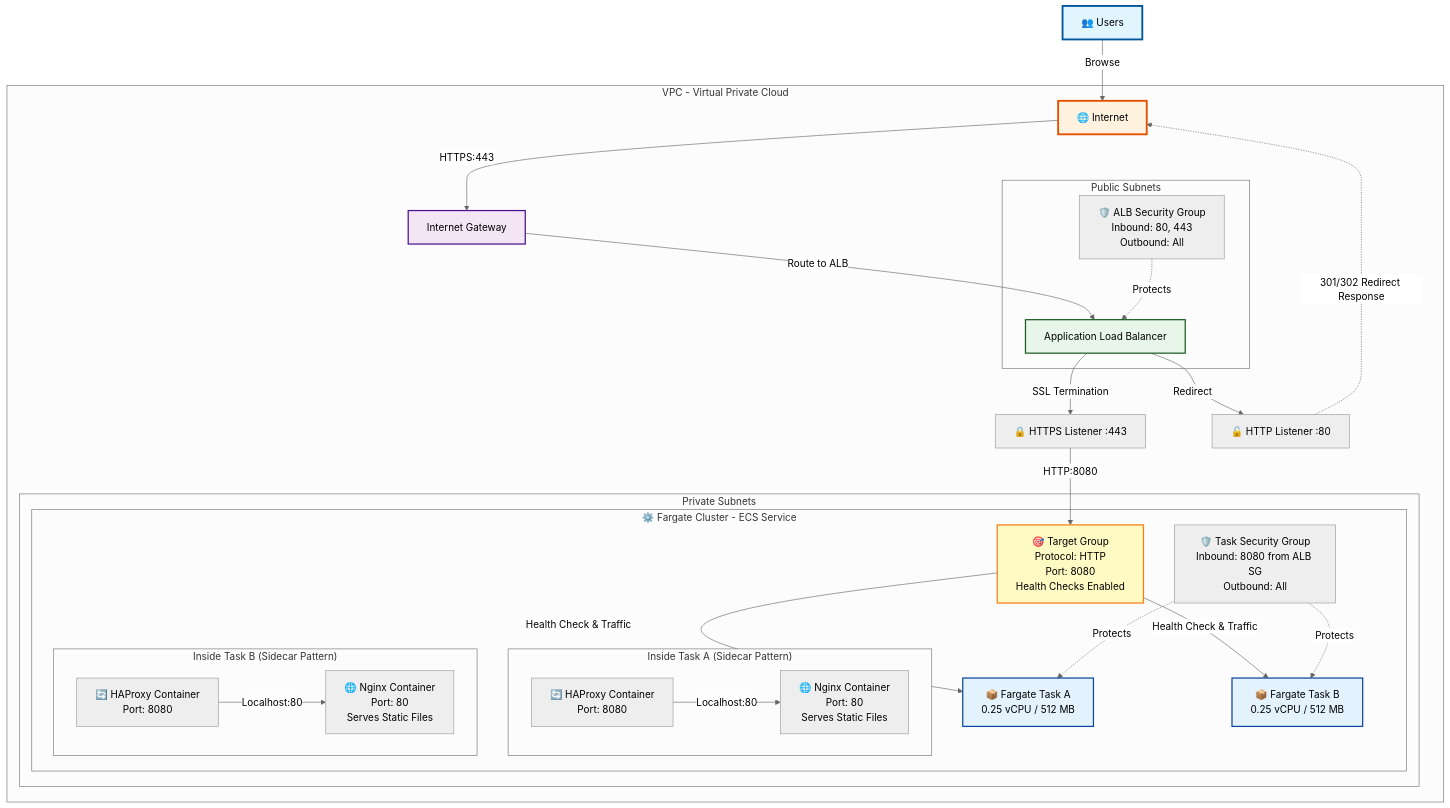
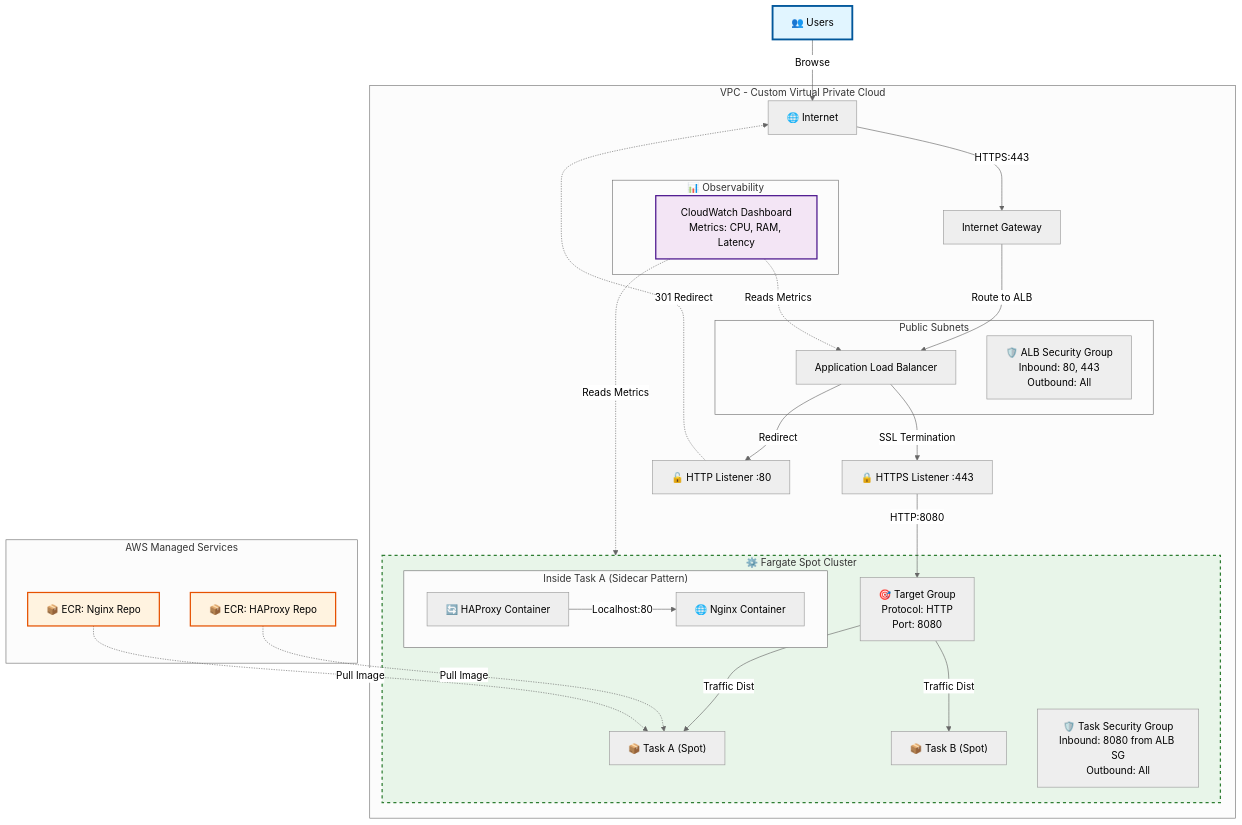
Before and after one commit to thuongdv/ds-dashboard: the diagram in iac/README.md, drawn with Mermaid (neutral theme). The commit also changed other lines of this file and 3 other files, not shown here.

````diff
--- a/iac/README.md
+++ b/iac/README.md
@@ -7,49 +7,48 @@
 ```mermaid
 graph TD
     Users[👥 Users] -->|Browse| Internet[🌐 Internet]
     Internet -->|HTTPS:443| IGW[Internet Gateway]
 
-    subgraph VPC[VPC - Virtual Private Cloud]
+    subgraph VPC[VPC - Custom Virtual Private Cloud]
         IGW -->|Route to ALB| ALB[Application Load Balancer]
+        
+        subgraph Monitoring[📊 Observability]
+            Dashboard[CloudWatch Dashboard<br/>Metrics: CPU, RAM, Latency]
+        end
 
         subgraph PublicSubnets[Public Subnets]
             ALB
             ALBSG[🛡️ ALB Security Group<br/>Inbound: 80, 443<br/>Outbound: All]
         end
 
         ALB -->|SSL Termination| Listener443[🔒 HTTPS Listener :443]
         ALB -->|Redirect| Listener80[🔓 HTTP Listener :80]
-        Listener80 -.->|301/302 Redirect Response| Internet
+        Listener80 -.->|301 Redirect| Internet
 
-        Listener443 -->|HTTP:8080| TG[🎯 Target Group<br/>Protocol: HTTP<br/>Port: 8080<br/>Health Checks Enabled]
+        Listener443 -->|HTTP:8080| TG[🎯 Target Group<br/>Protocol: HTTP<br/>Port: 8080]
 
-        subgraph PrivateSubnets[Private Subnets]
-            subgraph FargateCluster[⚙️ Fargate Cluster - ECS Service]
-                TG -->|Health Check & Traffic| Task1[📦 Fargate Task A<br/>0.25 vCPU / 512 MB]
-                TG -->|Health Check & Traffic| Task2[📦 Fargate Task B<br/>0.25 vCPU / 512 MB]
+        subgraph FargateCluster[⚙️ Fargate Spot Cluster]
+            TG -->|Traffic Dist| Task1["📦 Task A (Spot)"]
+            TG -->|Traffic Dist| Task2["📦 Task B (Spot)"]
 
-                TaskSG[🛡️ Task Security Group<br/>Inbound: 8080 from ALB SG<br/>Outbound: All]
+            TaskSG[🛡️ Task Security Group<br/>Inbound: 8080 from ALB SG<br/>Outbound: All]
 
-                subgraph Task1Sidecar["Inside Task A (Sidecar Pattern)"]
-                    H1[🔄 HAProxy Container<br/>Port: 8080] -->|Localhost:80| N1[🌐 Nginx Container<br/>Port: 80<br/>Serves Static Files]
-                end
-
-                subgraph Task2Sidecar["Inside Task B (Sidecar Pattern)"]
-                    H2[🔄 HAProxy Container<br/>Port: 8080] -->|Localhost:80| N2[🌐 Nginx Container<br/>Port: 80<br/>Serves Static Files]
-                end
+            subgraph Task1Sidecar["Inside Task A (Sidecar Pattern)"]
+                H1[🔄 HAProxy Container] -->|Localhost:80| N1[🌐 Nginx Container]
             end
         end
+    end
 
-        TaskSG -.->|Protects| Task1
-        TaskSG -.->|Protects| Task2
-        ALBSG -.->|Protects| ALB
+    subgraph AWS_Services[AWS Managed Services]
+        ECR_H[📦 ECR: HAProxy Repo] -.->|Pull Image| Task1
+        ECR_N[📦 ECR: Nginx Repo] -.->|Pull Image| Task1
+        Dashboard -.->|Reads Metrics| ALB
+        Dashboard -.->|Reads Metrics| FargateCluster
     end
 
     style Users fill:#e1f5ff,stroke:#01579b,stroke-width:3px
-    style Internet fill:#fff3e0,stroke:#e65100,stroke-width:3px
-    style IGW fill:#f3e5f5,stroke:#4a148c,stroke-width:2px
-    style ALB fill:#e8f5e9,stroke:#1b5e20,stroke-width:2px
-    style TG fill:#fff9c4,stroke:#f57f17,stroke-width:2px
-    style Task1 fill:#e3f2fd,stroke:#0d47a1,stroke-width:2px
-    style Task2 fill:#e3f2fd,stroke:#0d47a1,stroke-width:2px
+    style FargateCluster fill:#e8f5e9,stroke:#2e7d32,stroke-width:2px,stroke-dasharray: 5 5
+    style Dashboard fill:#f3e5f5,stroke:#4a148c,stroke-width:2px
+    style ECR_H fill:#fff3e0,stroke:#e65100,stroke-width:2px
+    style ECR_N fill:#fff3e0,stroke:#e65100,stroke-width:2px
 ```
````
